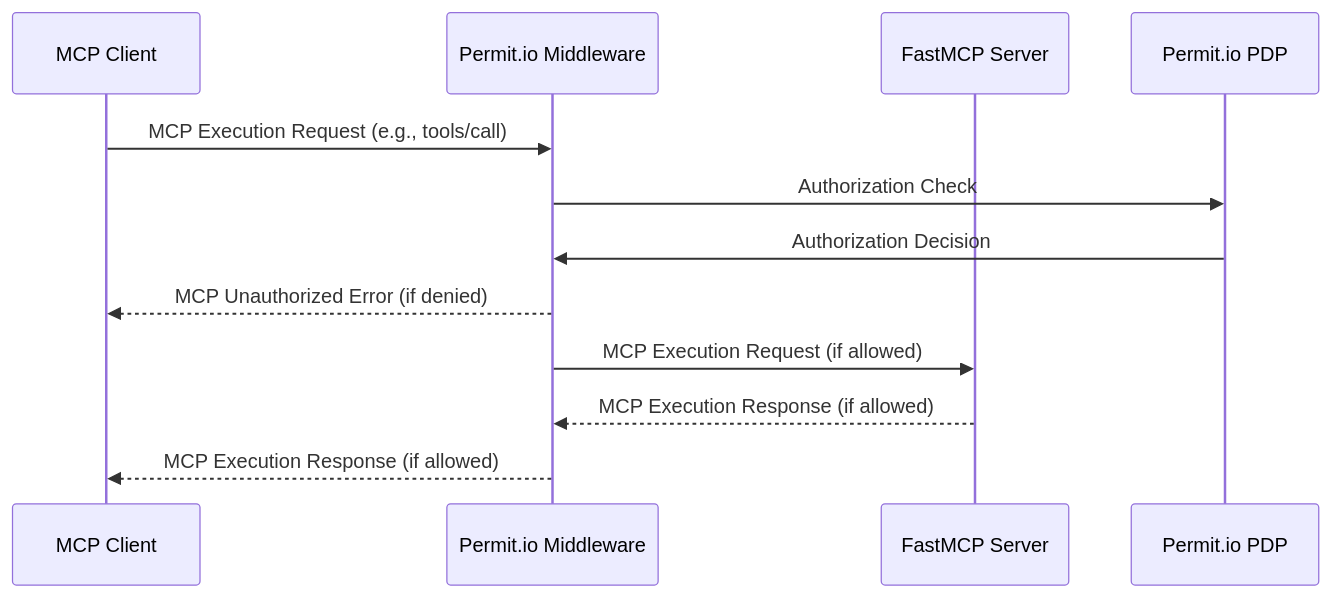
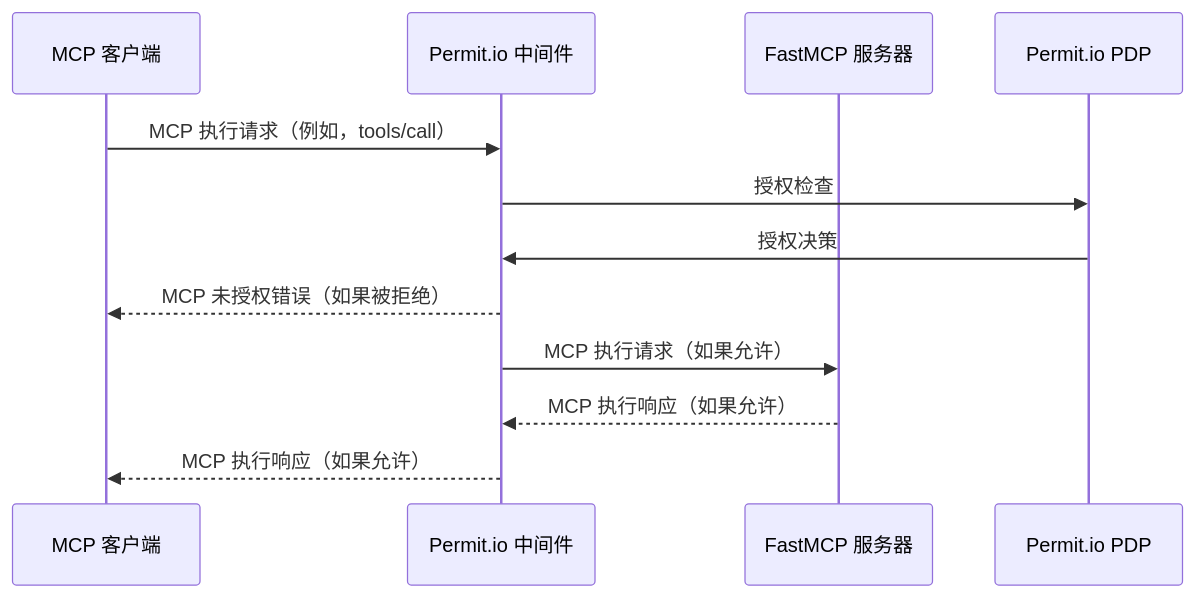
The second of 2 diagrams in i18n/zh/integrations/permit.mdx (Gu-f/FastmcpDocs), drawn with Mermaid before and after one commit. The commit also changed other lines of this file and 13 other files, not shown here.

````diff
--- a/i18n/zh/integrations/permit.mdx
+++ b/i18n/zh/integrations/permit.mdx
@@ -63,15 +63,15 @@
 ```mermaid
 sequenceDiagram
-    participant MCPClient as MCP Client
-    participant PermitMiddleware as Permit.io Middleware
-    participant MCPServer as FastMCP Server
+    participant MCPClient as MCP 客户端
+    participant PermitMiddleware as Permit.io 中间件
+    participant MCPServer as FastMCP 服务器
     participant PermitPDP as Permit.io PDP
 
-    MCPClient->>PermitMiddleware: MCP Execution Request (e.g., tools/call)
-    PermitMiddleware->>PermitPDP: Authorization Check
-    PermitPDP->>PermitMiddleware: Authorization Decision
-    PermitMiddleware-->>MCPClient: MCP Unauthorized Error (if denied)
-    PermitMiddleware->>MCPServer: MCP Execution Request (if allowed)
-    MCPServer-->>PermitMiddleware: MCP Execution Response (if allowed)
-    PermitMiddleware-->>MCPClient: MCP Execution Response (if allowed)
+    MCPClient->>PermitMiddleware: MCP 执行请求（例如，tools/call）
+    PermitMiddleware->>PermitPDP: 授权检查
+    PermitPDP->>PermitMiddleware: 授权决策
+    PermitMiddleware-->>MCPClient: MCP 未授权错误（如果被拒绝）
+    PermitMiddleware->>MCPServer: MCP 执行请求（如果允许）
+    MCPServer-->>PermitMiddleware: MCP 执行响应（如果允许）
+    PermitMiddleware-->>MCPClient: MCP 执行响应（如果允许）
 ```
````
